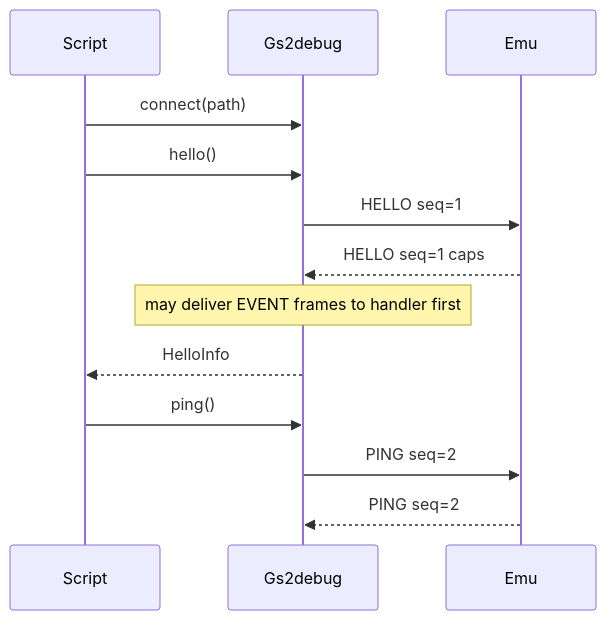
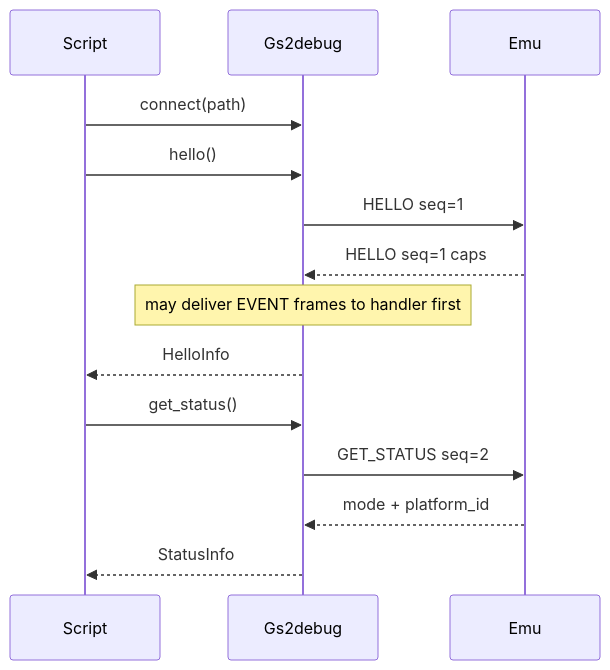
Before and after one commit to jawaidbazyar2/gssquared: the diagram in Docs/DebugClient.md, drawn with Mermaid. The commit also changed other lines of this file and 15 other files, not shown here.

Commit message:
Implement RESET command in DebugProtocolServer and update Python client to support new status retrieval. Enhance documentation and examples for improved usability.

````diff
--- a/Docs/DebugClient.md
+++ b/Docs/DebugClient.md
@@ -175,16 +189,17 @@
 ```mermaid
 sequenceDiagram
   participant Script
   participant Gs2debug
   participant Emu
 
   Script->>Gs2debug: connect(path)
   Script->>Gs2debug: hello()
   Gs2debug->>Emu: HELLO seq=1
   Emu-->>Gs2debug: HELLO seq=1 caps
   Note over Gs2debug: may deliver EVENT frames to handler first
   Gs2debug-->>Script: HelloInfo
-  Script->>Gs2debug: ping()
-  Gs2debug->>Emu: PING seq=2
-  Emu-->>Gs2debug: PING seq=2
+  Script->>Gs2debug: get_status()
+  Gs2debug->>Emu: GET_STATUS seq=2
+  Emu-->>Gs2debug: mode + platform_id
+  Gs2debug-->>Script: StatusInfo
 ```
````
